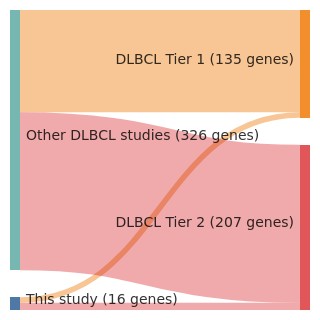
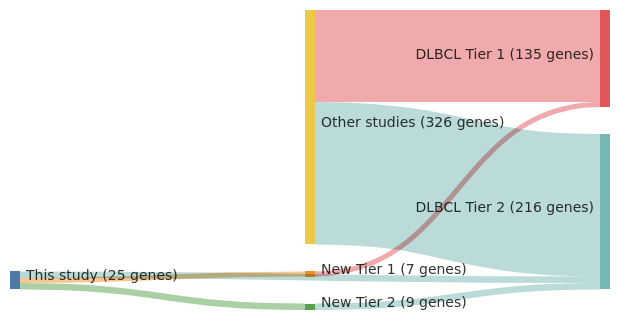
The diagram in papers/schmitzGeneticsPathogenesisDiffuse2018a.md (morinlab/lymphopedia), drawn with Mermaid before and after one commit. The commit also changed 82 other files, not shown here.

````diff
--- a/papers/schmitzGeneticsPathogenesisDiffuse2018a.md
+++ b/papers/schmitzGeneticsPathogenesisDiffuse2018a.md
@@ -12,18 +12,21 @@
 ```mermaid
 ---
 config:
     sankey:
         showValues: true
         linkColor: target
-        width: 300
+        width: 600
         height: 300
         nodeAlignment: right
         prefix: '('
         suffix: ' genes)'
 ---
 sankey-beta
-This study, DLBCL Tier 1, 7
+This study, New Tier 1, 7
+New Tier 1, DLBCL Tier 1, 7
 This study, DLBCL Tier 2, 9
-Other DLBCL studies, DLBCL Tier 1, 128
-Other DLBCL studies, DLBCL Tier 2, 198
+This study, New Tier 2, 9
+New Tier 2, DLBCL Tier 2, 9
+Other studies, DLBCL Tier 1, 128
+Other studies, DLBCL Tier 2, 198
 ```
````
